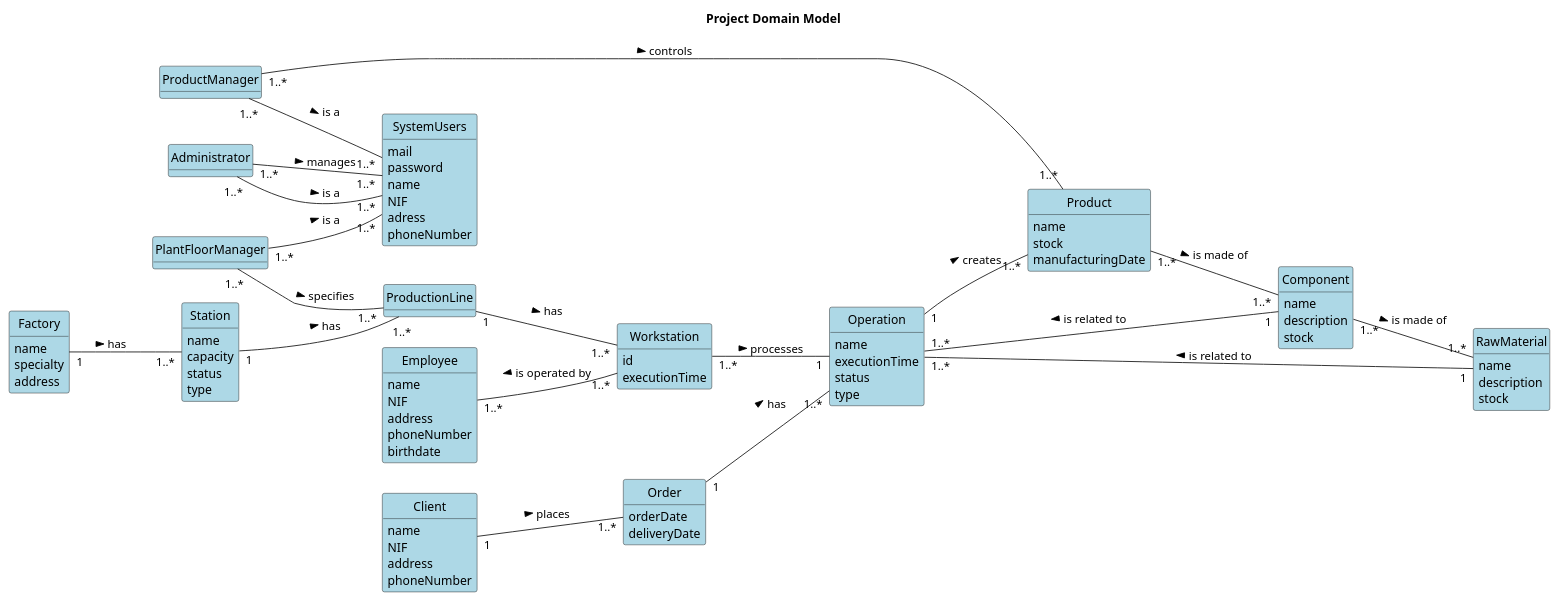
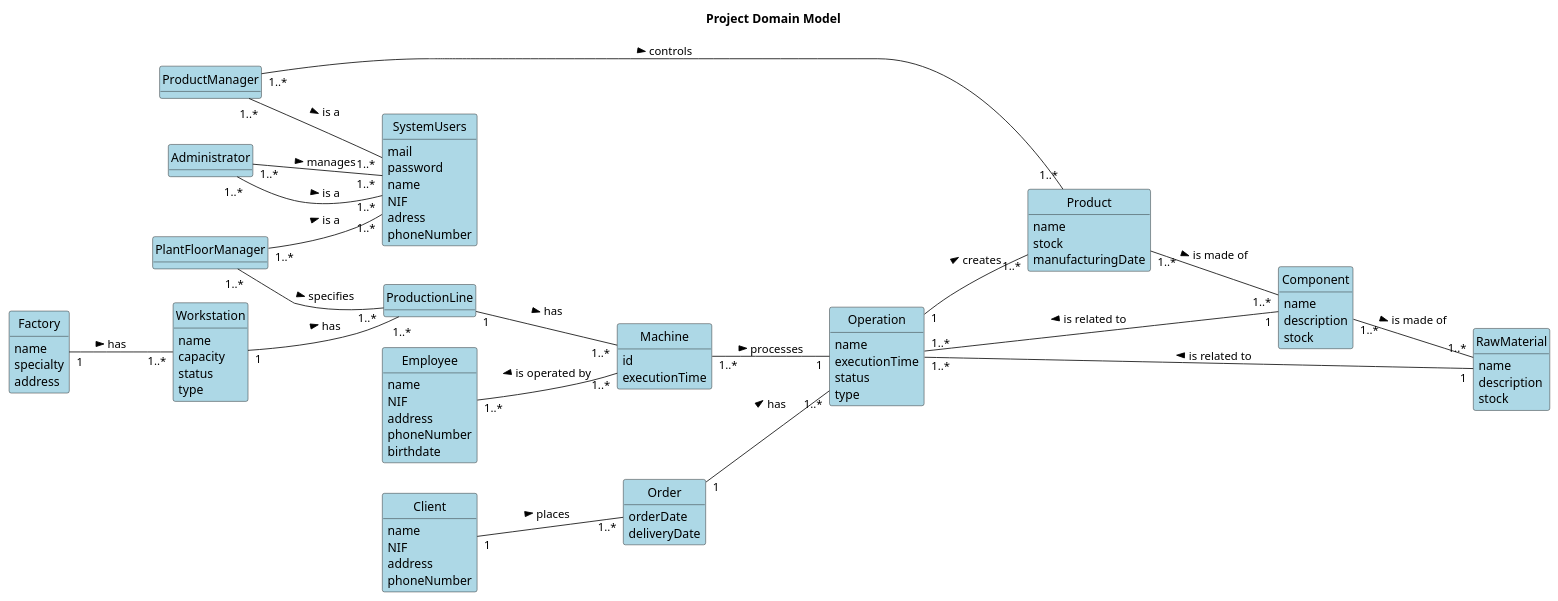
One commit to ricardomm7/buildflow changed the diagram in others/documentation/global-artifacts/domain-model.puml. Above: the diagram before and after it, drawn with PlantUML. The commit also changed 8 other files, not shown here.

```diff
--- a/others/documentation/global-artifacts/domain-model.puml
+++ b/others/documentation/global-artifacts/domain-model.puml
@@ -1,117 +1,117 @@
 @startuml
 skinparam classBackgroundColor #ADD8E6
 skinparam packageStyle rectangle
 skinparam shadowing false
 skinparam classAttributeIconSize 0
 hide circle
 hide methods
 left to right direction
 
 title Project Domain Model
 
 class ProductionLine{
 
 }
 class Administrator{
 
 }
 class SystemUsers{
     mail
     password
     name
     NIF
     adress
     phoneNumber
 }
 class PlantFloorManager{
 
 }
 class ProductManager{
 
 }
 
 class RawMaterial {
     name
     description
     stock
 }
 
 class Product {
     name
     stock
     manufacturingDate
 }
 
 class Component {
     name
     description
     stock
 }
 
-class Workstation {
+class Machine {
     id
     executionTime
 }
 
 class Employee {
     name
     NIF
     address
     phoneNumber
     birthdate
 }
 
 class Operation {
     name
     executionTime
     status
     type
 }
 
-class Station {
+class Workstation {
     name
     capacity
     status
     type
 }
 
 class Factory {
     name
     specialty
     address
 }
 
 class Order {
     product(s)
     orderDate
     deliveryDate
 }
 
 class Client {
     name
     NIF
     address
     phoneNumber
 }
 
 Administrator"1..*" -- "1..*" SystemUsers: is a >
 ProductManager"1..*" -- "1..*" SystemUsers: is a >
 PlantFloorManager"1..*" -- "1..*" SystemUsers: is a >
 Administrator"1..*" -- "1..*" SystemUsers: manages >
 PlantFloorManager"1..*" -- "1..*" ProductionLine: specifies >
-ProductionLine "1" -- "1..*" Workstation: has >
+ProductionLine "1" -- "1..*" Machine: has >
 ProductManager "1..*" -- "1..*" Product: controls >
 Component "1..*" -- "1..*" RawMaterial: is made of >
 Product "1..*" -- "1..*" Component : is made of >
 Component "1" -- "1..*" Operation : is related to >
 RawMaterial "1" -- "1..*" Operation : is related to >
 Operation "1" -- "1..*" Product : creates >
 Order "1" -- "1..*" Operation : has >
 'assumindo que não existem encomendas iguais
 Client "1" -- "1..*" Order : places >
-Workstation "1..*" -- "1" Operation : processes >
-Employee "1..*" -- "1..*" Workstation : is operated by <
-Station "1" -- "1..*" ProductionLine : has >
-Factory "1" -- "1..*" Station : has >
+Machine "1..*" -- "1" Operation : processes >
+Employee "1..*" -- "1..*" Machine : is operated by <
+Workstation "1" -- "1..*" ProductionLine : has >
+Factory "1" -- "1..*" Workstation : has >
 
 @enduml
```
